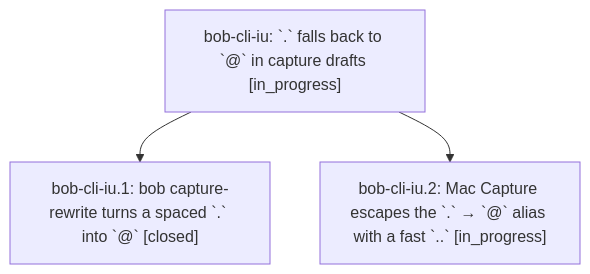
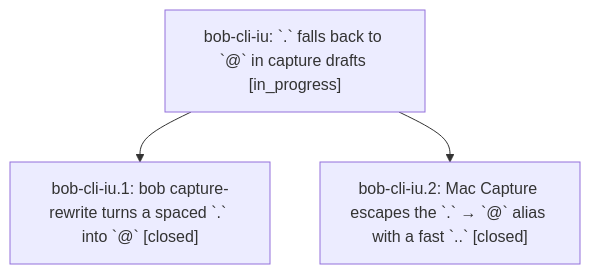
The diagram in pages/bob-cli-iu/README.md (bobs-org/bob-cli--beads), drawn with Mermaid before and after one commit. The commit also changed other lines of this file and 2 other files, not shown here.

First line of the commit message:
chore(beads): sync bead state and pages for bob-cli-iu

````diff
--- a/pages/bob-cli-iu/README.md
+++ b/pages/bob-cli-iu/README.md
@@ -35,8 +35,8 @@
 ```mermaid
 flowchart TD
     n0["bob-cli-iu: `.` falls back to `@` in capture drafts [in_progress]"]
     n1["bob-cli-iu.1: bob capture-rewrite turns a spaced `.` into `@` [closed]"]
-    n2["bob-cli-iu.2: Mac Capture escapes the `.` → `@` alias with a fast `..` [in_progress]"]
+    n2["bob-cli-iu.2: Mac Capture escapes the `.` → `@` alias with a fast `..` [closed]"]
     n0 --> n1
     n0 --> n2
 ```
````
